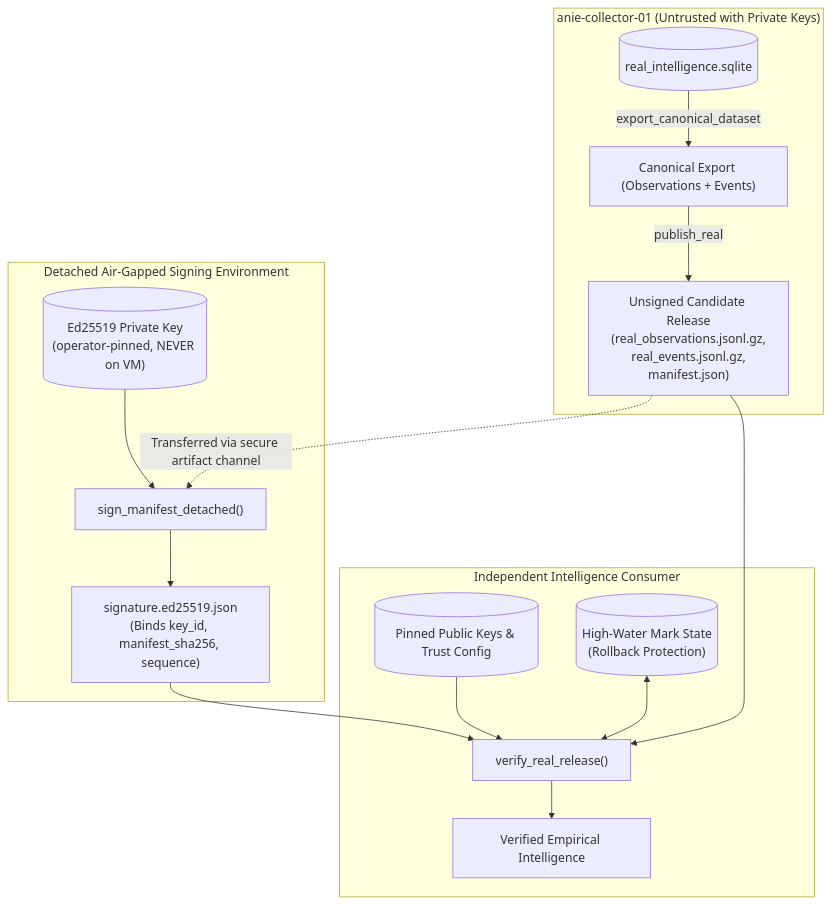
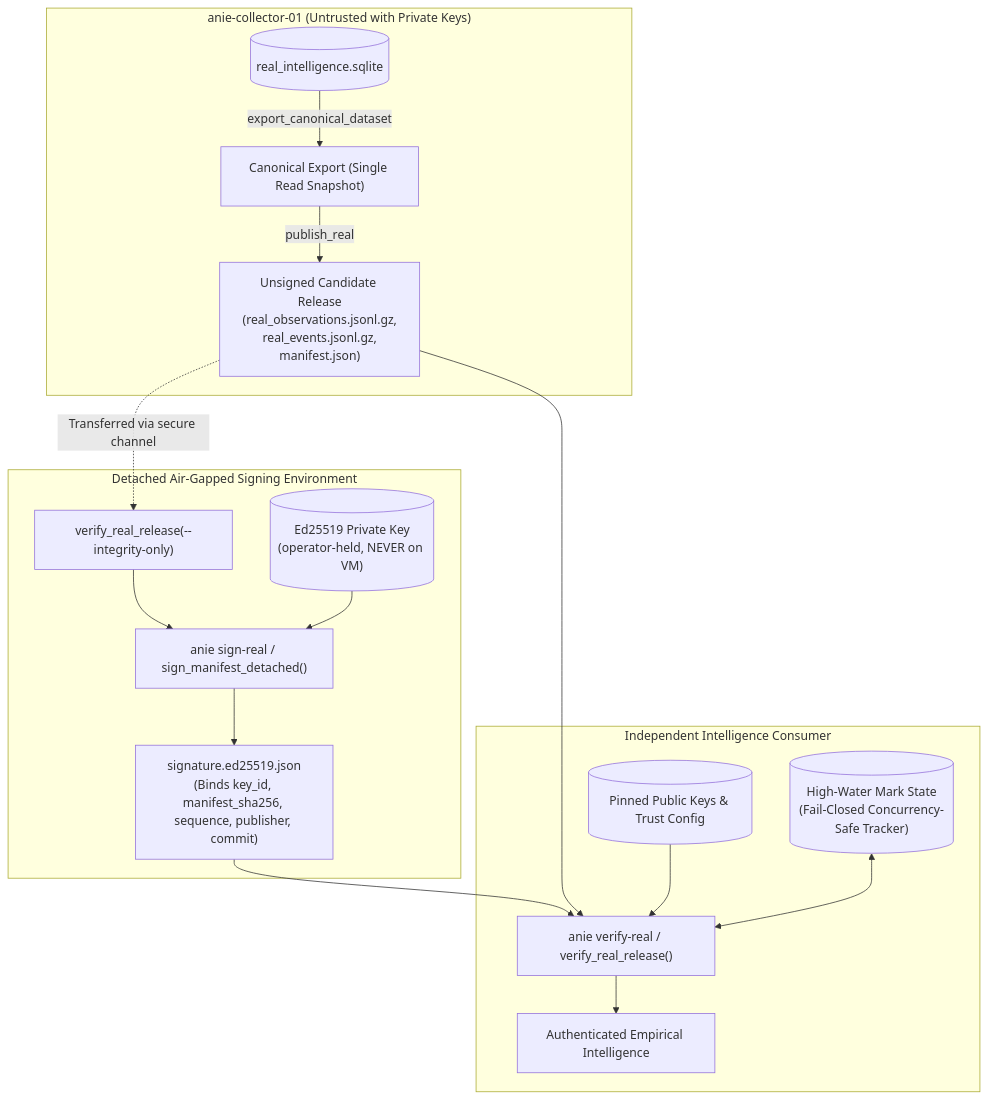
One commit to pseudozac/anie changed the diagram in docs/REAL_PUBLICATION_AND_SIGNING.md. Above: the diagram before and after it, drawn with Mermaid. The commit also changed other lines of this file and 4 other files, not shown here.

````diff
--- a/docs/REAL_PUBLICATION_AND_SIGNING.md
+++ b/docs/REAL_PUBLICATION_AND_SIGNING.md
@@ -9,21 +9,22 @@
 ```mermaid
 flowchart TD
     subgraph Collector_VM["anie-collector-01 (Untrusted with Private Keys)"]
-        Store[("real_intelligence.sqlite")] -->|export_canonical_dataset| CanonicalExport["Canonical Export (Observations + Events)"]
+        Store[("real_intelligence.sqlite")] -->|export_canonical_dataset| CanonicalExport["Canonical Export (Single Read Snapshot)"]
         CanonicalExport -->|publish_real| UnsignedCandidate["Unsigned Candidate Release<br/>(real_observations.jsonl.gz,<br/>real_events.jsonl.gz,<br/>manifest.json)"]
     end
 
     subgraph Secure_Operator["Detached Air-Gapped Signing Environment"]
-        PrivKey[("Ed25519 Private Key<br/>(operator-pinned, NEVER on VM)")]
-        UnsignedCandidate -.->|Transferred via secure artifact channel| SignEngine["sign_manifest_detached()"]
-        PrivKey --> SignEngine
-        SignEngine --> Attestation["signature.ed25519.json<br/>(Binds key_id, manifest_sha256, sequence)"]
+        PrivKey[("Ed25519 Private Key<br/>(operator-held, NEVER on VM)")]
+        UnsignedCandidate -.->|Transferred via secure channel| CandVerify["verify_real_release(--integrity-only)"]
+        CandVerify --> SignCLI["anie sign-real / sign_manifest_detached()"]
+        PrivKey --> SignCLI
+        SignCLI --> Attestation["signature.ed25519.json<br/>(Binds key_id, manifest_sha256, sequence, publisher, commit)"]
     end
 
     subgraph Consumer_Verification["Independent Intelligence Consumer"]
-        Attestation & UnsignedCandidate --> VerifyEngine["verify_real_release()"]
+        Attestation & UnsignedCandidate --> VerifyEngine["anie verify-real / verify_real_release()"]
         TrustedKeys[("Pinned Public Keys & Trust Config")] --> VerifyEngine
-        StateFile[("High-Water Mark State<br/>(Rollback Protection)")] <--> VerifyEngine
-        VerifyEngine --> VerifiedDataset["Verified Empirical Intelligence"]
+        StateFile[("High-Water Mark State<br/>(Fail-Closed Concurrency-Safe Tracker)")] <--> VerifyEngine
+        VerifyEngine --> VerifiedDataset["Authenticated Empirical Intelligence"]
     end
 ```
````
